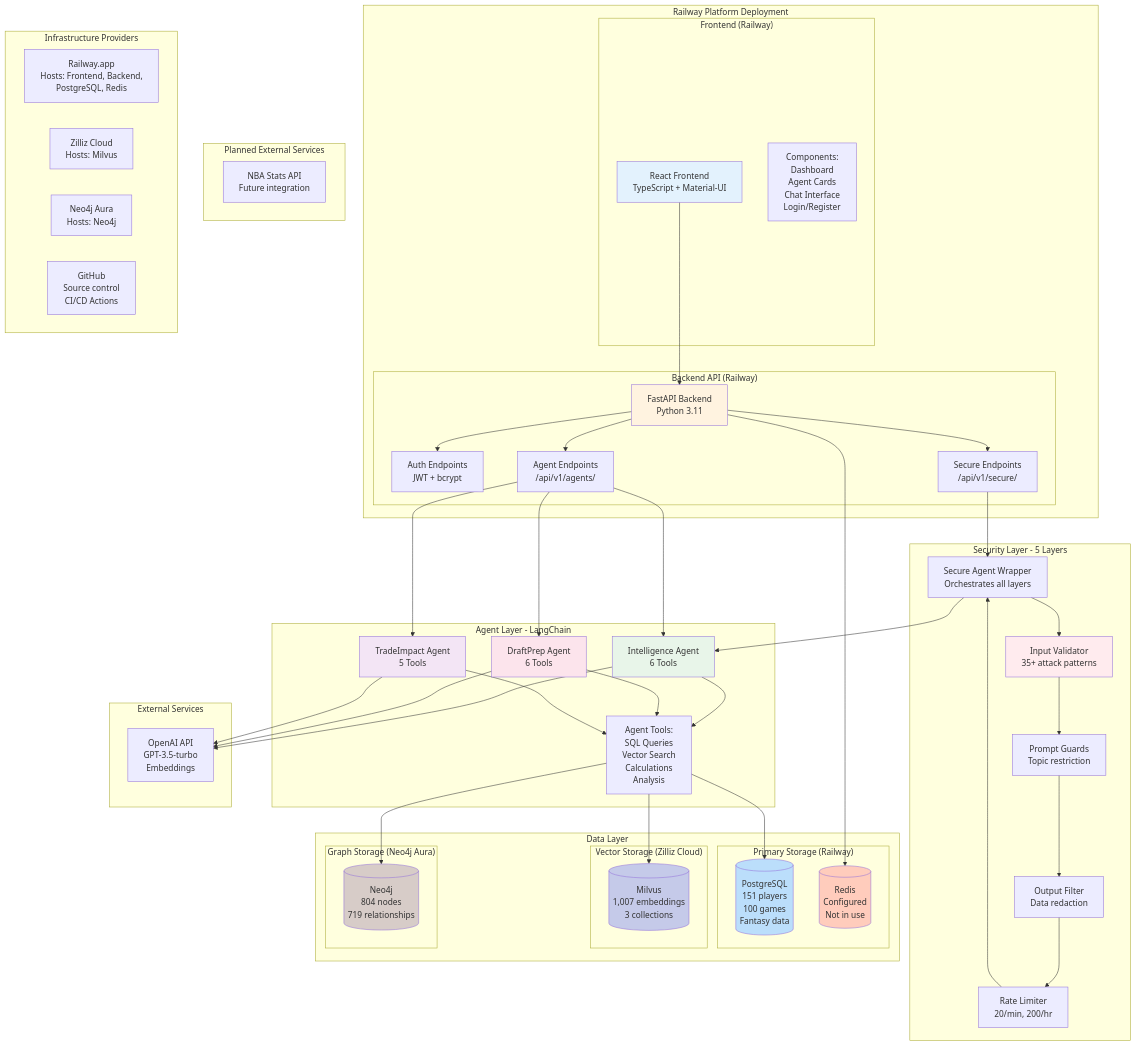
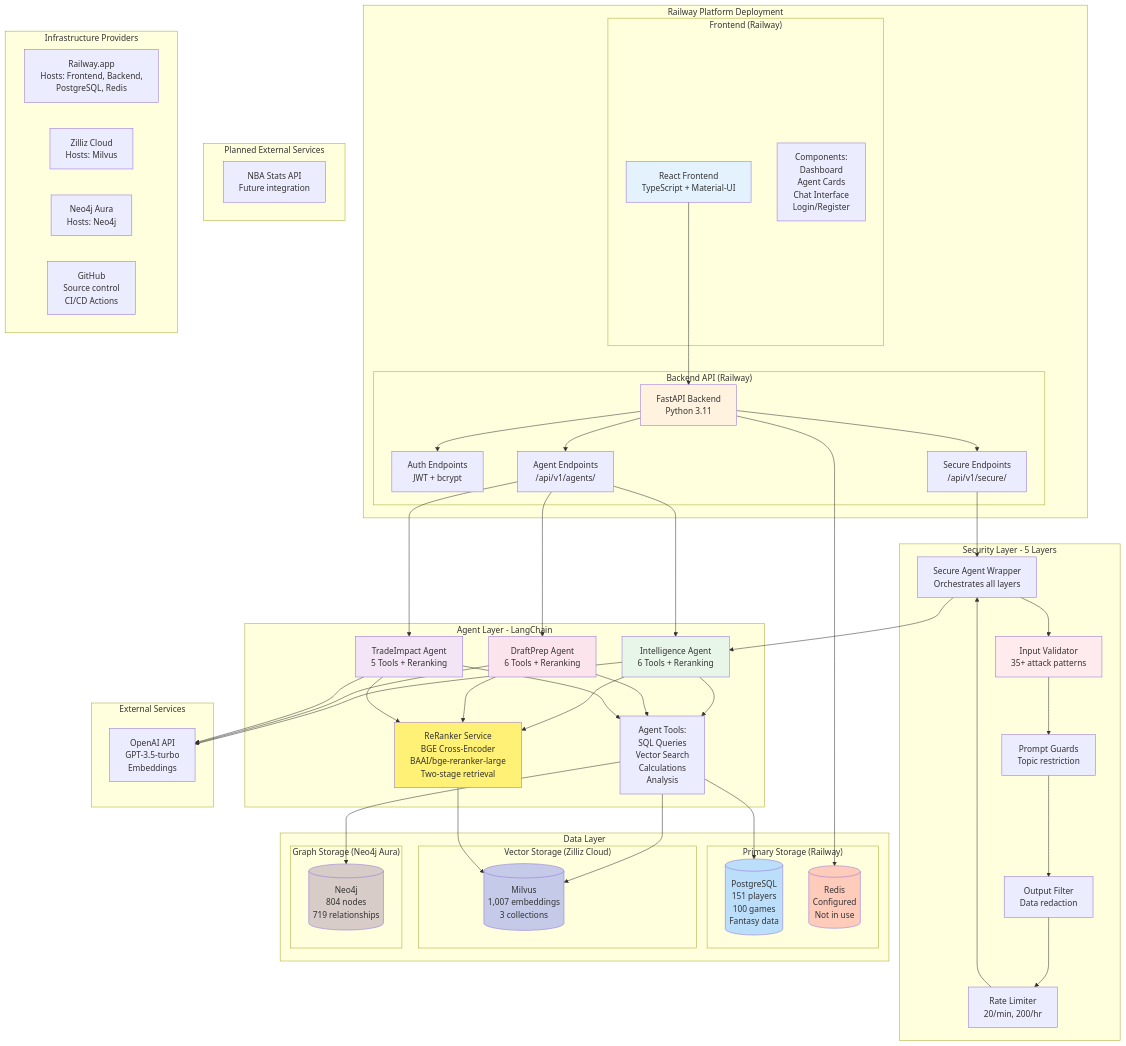
The diagram in project_submission_docs/system_architecture.mermaid (jpmajesty2025/sportsbrain), drawn with Mermaid before and after one commit. The commit also changed 8 other files, not shown here.

```diff
--- a/project_submission_docs/system_architecture.mermaid
+++ b/project_submission_docs/system_architecture.mermaid
@@ -1,110 +1,119 @@
 graph TB
     %% System Architecture - Actually Implemented
     %% SportsBrain Fantasy Basketball Platform
     
     subgraph "Railway Platform Deployment"
         subgraph "Frontend (Railway)"
             UI["React Frontend<br/>TypeScript + Material-UI"]
             UI_COMP["Components:<br/>Dashboard<br/>Agent Cards<br/>Chat Interface<br/>Login/Register"]
         end
         
         subgraph "Backend API (Railway)"
             API["FastAPI Backend<br/>Python 3.11"]
             
             AUTH["Auth Endpoints<br/>JWT + bcrypt"]
             AGENT_EP["Agent Endpoints<br/>/api/v1/agents/"]
             SECURE_EP["Secure Endpoints<br/>/api/v1/secure/"]
         end
     end
     
     subgraph "Agent Layer - LangChain"
-        INT_AGENT["Intelligence Agent<br/>6 Tools"]
-        DRAFT_AGENT["DraftPrep Agent<br/>6 Tools"]
-        TRADE_AGENT["TradeImpact Agent<br/>5 Tools"]
+        INT_AGENT["Intelligence Agent<br/>6 Tools + Reranking"]
+        DRAFT_AGENT["DraftPrep Agent<br/>6 Tools + Reranking"]
+        TRADE_AGENT["TradeImpact Agent<br/>5 Tools + Reranking"]
         
         TOOLS["Agent Tools:<br/>SQL Queries<br/>Vector Search<br/>Calculations<br/>Analysis"]
+        
+        RERANKER["ReRanker Service<br/>BGE Cross-Encoder<br/>BAAI/bge-reranker-large<br/>Two-stage retrieval"]
     end
     
     subgraph "Security Layer - 5 Layers"
         INPUT_VAL["Input Validator<br/>35+ attack patterns"]
         PROMPT_GUARD["Prompt Guards<br/>Topic restriction"]
         OUTPUT_FILTER["Output Filter<br/>Data redaction"]
         RATE_LIMIT["Rate Limiter<br/>20/min, 200/hr"]
         SECURE_WRAPPER["Secure Agent Wrapper<br/>Orchestrates all layers"]
     end
     
     subgraph "Data Layer"
         subgraph "Primary Storage (Railway)"
             PG[("PostgreSQL<br/>151 players<br/>100 games<br/>Fantasy data")]
             REDIS[("Redis<br/>Configured<br/>Not in use")]
         end
         
         subgraph "Vector Storage (Zilliz Cloud)"
             MILVUS[("Milvus<br/>1,007 embeddings<br/>3 collections")]
         end
         
         subgraph "Graph Storage (Neo4j Aura)"
             NEO4J[("Neo4j<br/>804 nodes<br/>719 relationships")]
         end
     end
     
     subgraph "External Services"
         OPENAI["OpenAI API<br/>GPT-3.5-turbo<br/>Embeddings"]
     end
     
     subgraph "Planned External Services"
         NBA_API["NBA Stats API<br/>Future integration"]
     end
     
     subgraph "Infrastructure Providers"
         RAILWAY_INFRA["Railway.app<br/>Hosts: Frontend, Backend,<br/>PostgreSQL, Redis"]
         ZILLIZ_INFRA["Zilliz Cloud<br/>Hosts: Milvus"]
         NEO4J_INFRA["Neo4j Aura<br/>Hosts: Neo4j"]
         GITHUB["GitHub<br/>Source control<br/>CI/CD Actions"]
     end
     
     %% Connections
     UI --> API
     API --> AUTH
     API --> AGENT_EP
     API --> SECURE_EP
     
     AGENT_EP --> INT_AGENT
     AGENT_EP --> DRAFT_AGENT
     AGENT_EP --> TRADE_AGENT
     
     SECURE_EP --> SECURE_WRAPPER
     SECURE_WRAPPER --> INPUT_VAL
     INPUT_VAL --> PROMPT_GUARD
     PROMPT_GUARD --> OUTPUT_FILTER
     OUTPUT_FILTER --> RATE_LIMIT
     RATE_LIMIT --> SECURE_WRAPPER
     SECURE_WRAPPER --> INT_AGENT
     
     INT_AGENT --> TOOLS
     DRAFT_AGENT --> TOOLS
     TRADE_AGENT --> TOOLS
     
+    INT_AGENT --> RERANKER
+    DRAFT_AGENT --> RERANKER
+    TRADE_AGENT --> RERANKER
+    
     TOOLS --> PG
     TOOLS --> MILVUS
     TOOLS --> NEO4J
+    
+    RERANKER --> MILVUS
     
     API --> REDIS
     
     INT_AGENT --> OPENAI
     DRAFT_AGENT --> OPENAI
     TRADE_AGENT --> OPENAI
     
     
     %% Infrastructure relationships shown via subgraph grouping
     
     style UI fill:#e3f2fd
     style API fill:#fff3e0
     style INT_AGENT fill:#e8f5e9
     style DRAFT_AGENT fill:#fce4ec
     style TRADE_AGENT fill:#f3e5f5
     style PG fill:#bbdefb
     style MILVUS fill:#c5cae9
     style NEO4J fill:#d7ccc8
     style REDIS fill:#ffccbc
     style INPUT_VAL fill:#ffebee
+    style RERANKER fill:#fff176
```
